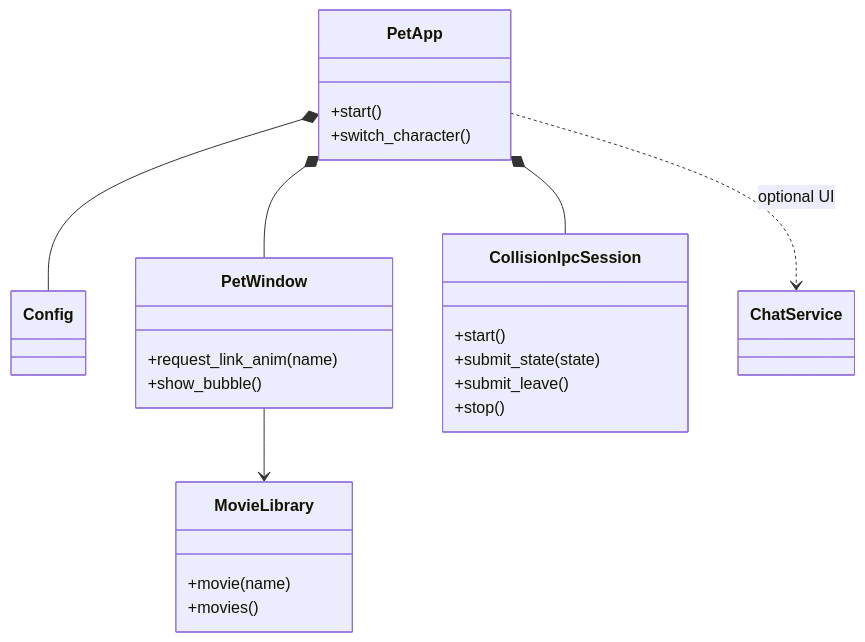
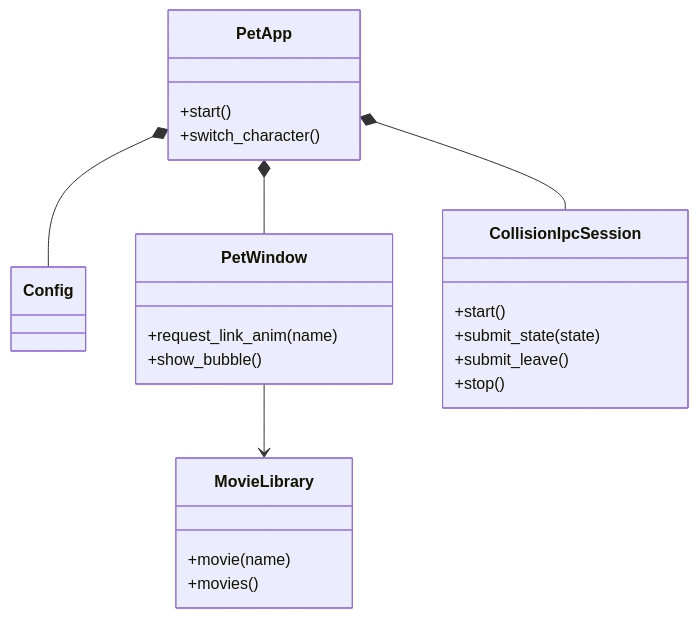
One commit to YYHSSR/Desktop-Pet changed the first of 2 diagrams in AGENTS.md. Above: the diagram before and after it, drawn with Mermaid. The commit also changed other lines of this file and 313 other files, not shown here.

First line of the commit message:
﻿refactor: focus desktop pet on silent ChatGPT Work integration

````diff
--- a/AGENTS.md
+++ b/AGENTS.md
@@ -11,29 +11,27 @@
 ```mermaid
 classDiagram
     class PetApp {
       +start()
       +switch_character()
     }
     class Config
     class PetWindow {
       +request_link_anim(name)
       +show_bubble()
     }
     class MovieLibrary {
       +movie(name)
       +movies()
     }
     class CollisionIpcSession {
       +start()
       +submit_state(state)
       +submit_leave()
       +stop()
     }
-    class ChatService
 
     PetApp *-- Config
     PetApp *-- PetWindow
     PetApp *-- CollisionIpcSession
     PetWindow --> MovieLibrary
-    PetApp ..> ChatService : optional UI
 ```
````
